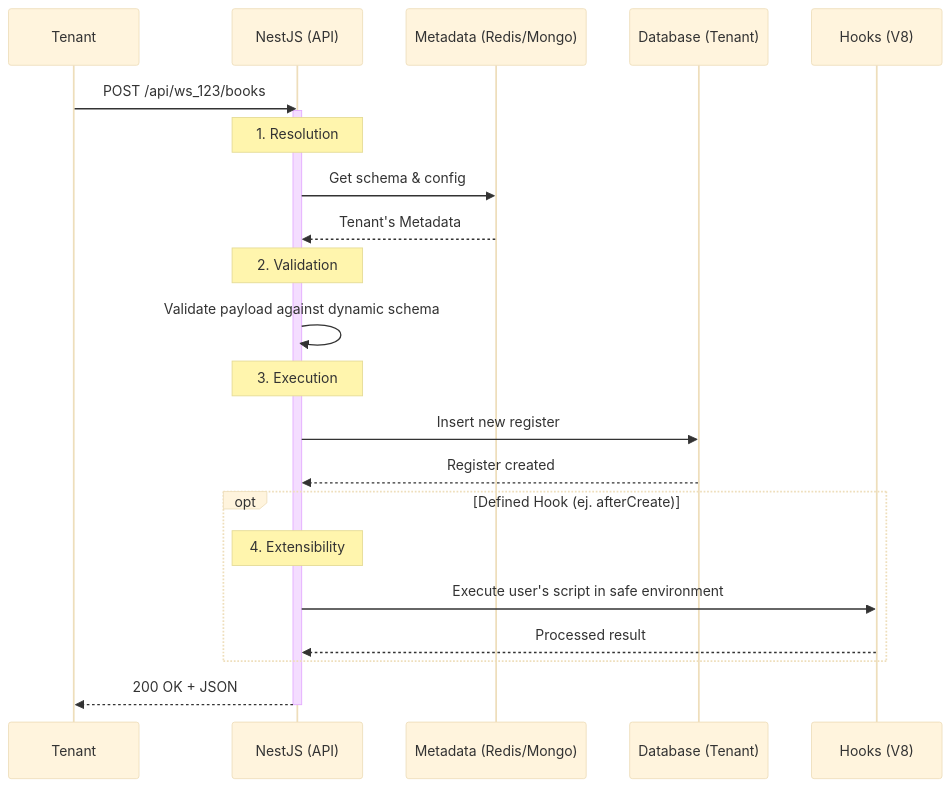
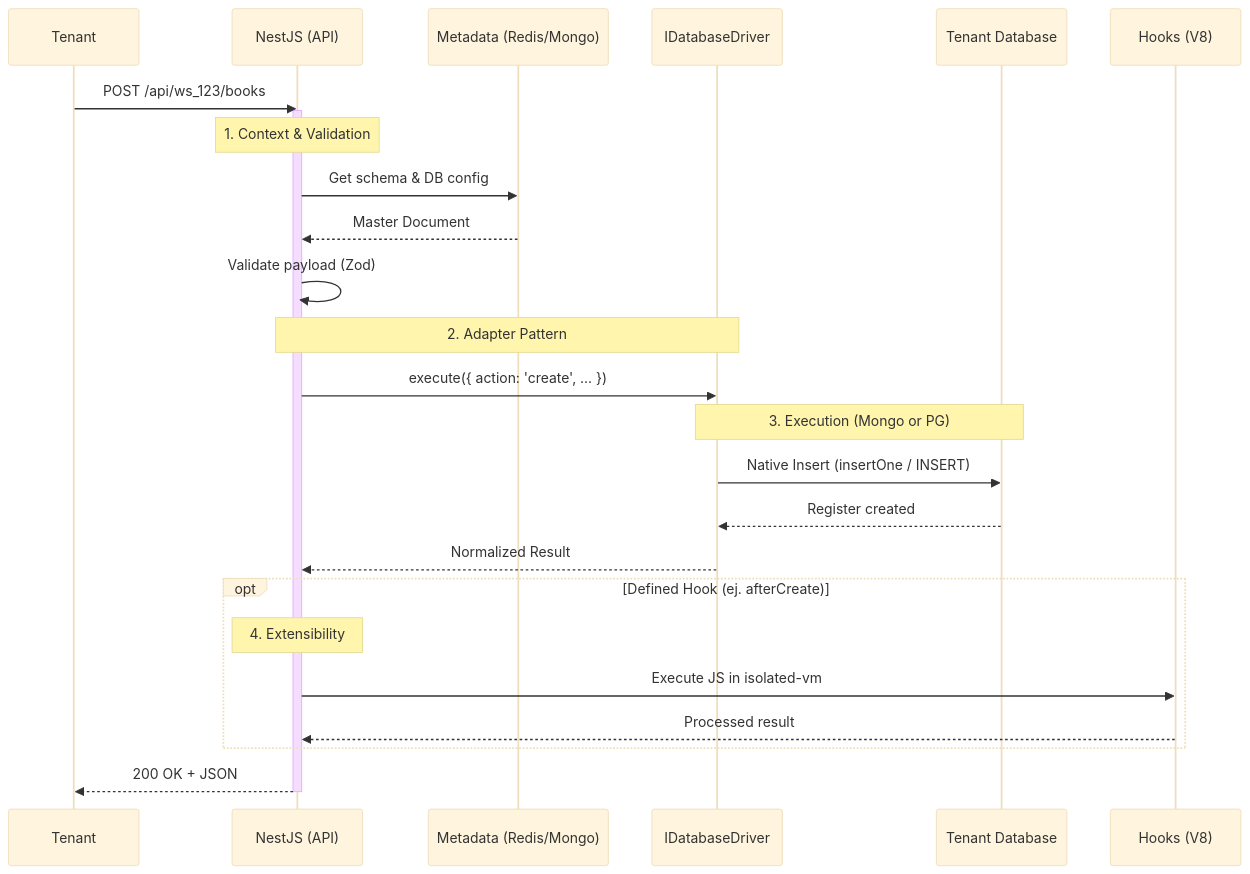
One commit to Univers42/mini-baas changed the third of 4 diagrams in MDD_BAAStemp.md. Above: the diagram before and after it, drawn with Mermaid (base theme). The commit also changed other lines of this file, not shown here.

Commit message:
docs(strategy): Updated strategy to enhance context and alternative-strategies knowledge. Needs feedback to continue

````diff
--- a/MDD_BAAStemp.md
+++ b/MDD_BAAStemp.md
@@ -257,31 +271,34 @@
-```mermaid
+~~~mermaid
 sequenceDiagram
   participant T as Tenant
   participant API as NestJS (API)
   participant Config as Metadata (Redis/Mongo)
-  participant DB as Database (Tenant)
+  participant Adapt as IDatabaseDriver
+  participant DB as Tenant Database
   participant H as Hooks (V8)
 
   T->>API: POST /api/ws_123/books
   activate API
 
-  Note over API: 1. Resolution
-  API->>Config: Get schema & config
-  Config-->>API: Tenant's Metadata
+  Note over API: 1. Context & Validation
+  API->>Config: Get schema & DB config
+  Config-->>API: Master Document
+  API->>API: Validate payload (Zod)
 
-  Note over API: 2. Validation
-  API->>API: Validate payload against dynamic schema
-
-  Note over API: 3. Execution
-  API->>DB: Insert new register
-  DB-->>API: Register created
+  Note over API, Adapt: 2. Adapter Pattern
+  API->>Adapt: execute({ action: 'create', ... })
+  
+  Note over Adapt, DB: 3. Execution (Mongo or PG)
+  Adapt->>DB: Native Insert (insertOne / INSERT)
+  DB-->>Adapt: Register created
+  Adapt-->>API: Normalized Result
 
   opt Defined Hook (ej. afterCreate)
-	Note over API: 4. Extensibility
-	API->>H: Execute user's script in safe environment
-	H-->>API: Processed result
+    Note over API: 4. Extensibility
+    API->>H: Execute JS in isolated-vm
+    H-->>API: Processed result
   end
 
   API-->>T: 200 OK + JSON
   deactivate API
-```
+~~~
````
